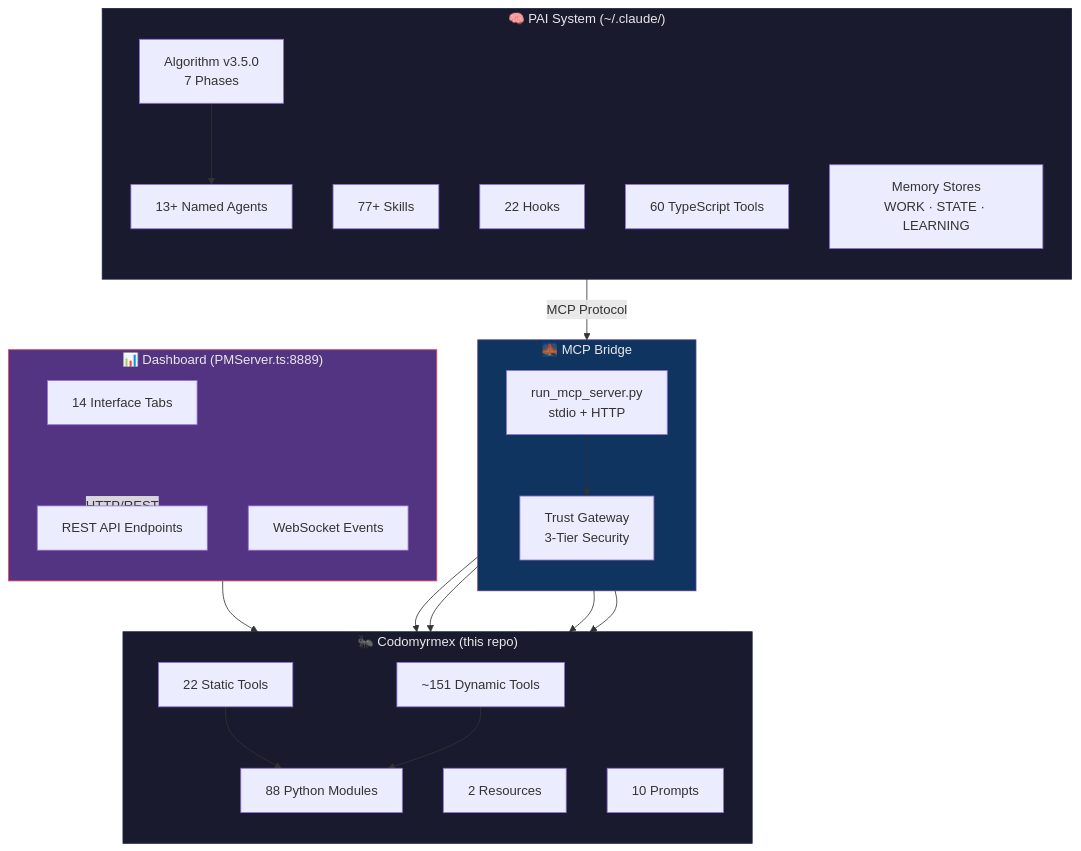
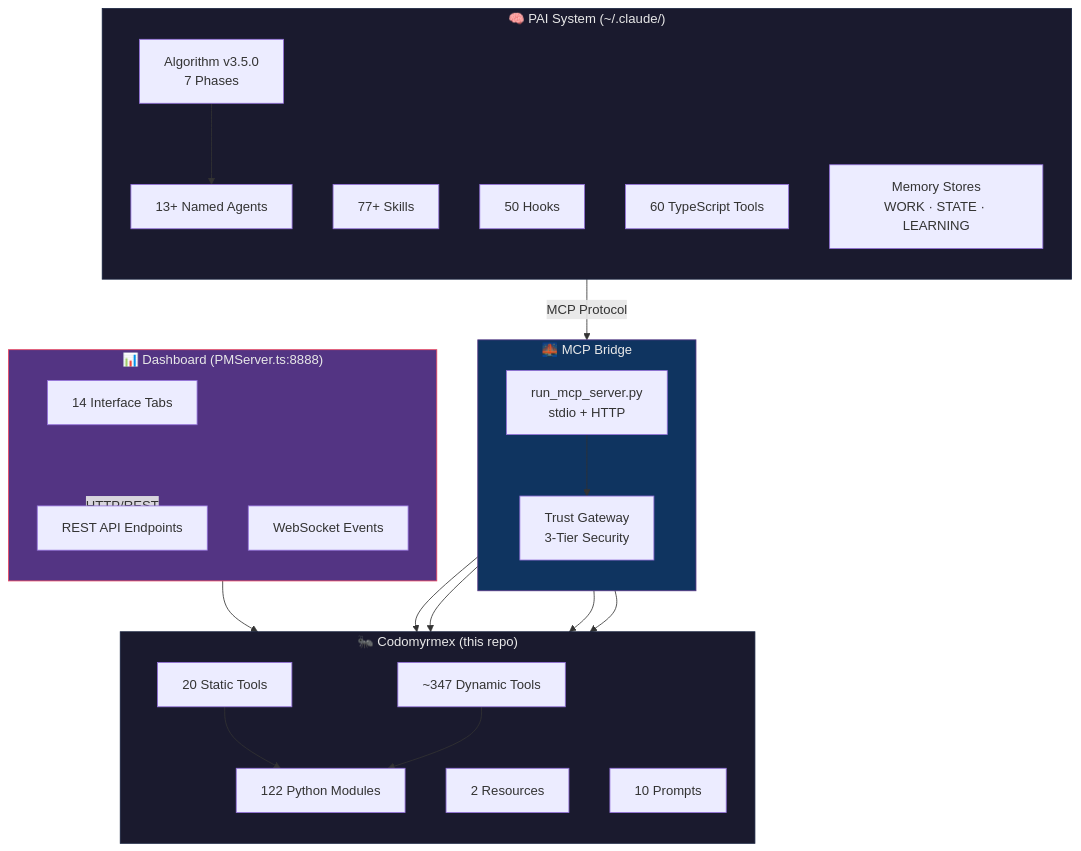
Before and after one commit to docxology/codomyrmex: the first of 8 diagrams in docs/pai/README.md, drawn with Mermaid. The commit also changed other lines of this file and 61 other files, not shown here.

````diff
--- a/docs/pai/README.md
+++ b/docs/pai/README.md
@@ -15,51 +15,51 @@
 ```mermaid
 graph TB
     subgraph PAI["🧠 PAI System (~/.claude/)"]
         direction TB
         ALGO["Algorithm v3.5.0<br/>7 Phases"]
         SKILLS["77+ Skills"]
-        HOOKS["22 Hooks"]
+        HOOKS["50 Hooks"]
         TOOLS_TS["60 TypeScript Tools"]
         AGENTS_PAI["13+ Named Agents"]
         MEMORY["Memory Stores<br/>WORK · STATE · LEARNING"]
     end
 
     subgraph BRIDGE["🌉 MCP Bridge"]
         direction TB
         MCP_SERVER["run_mcp_server.py<br/>stdio + HTTP"]
         TRUST["Trust Gateway<br/>3-Tier Security"]
     end
 
     subgraph CDM["🐜 Codomyrmex (this repo)"]
         direction TB
-        MODULES["88 Python Modules"]
-        STATIC["22 Static Tools"]
-        DYNAMIC["~151 Dynamic Tools"]
+        MODULES["122 Python Modules"]
+        STATIC["20 Static Tools"]
+        DYNAMIC["~347 Dynamic Tools"]
         RESOURCES["2 Resources"]
         PROMPTS["10 Prompts"]
     end
 
-    subgraph DASH["📊 Dashboard (PMServer.ts:8889)"]
+    subgraph DASH["📊 Dashboard (PMServer.ts:8888)"]
         direction TB
         TABS["14 Interface Tabs"]
         REST["REST API Endpoints"]
         WS["WebSocket Events"]
     end
 
     ALGO --> AGENTS_PAI
     AGENTS_PAI -->|"MCP Protocol"| MCP_SERVER
     MCP_SERVER --> TRUST
     TRUST --> STATIC
     TRUST --> DYNAMIC
     MCP_SERVER --> RESOURCES
     MCP_SERVER --> PROMPTS
     STATIC --> MODULES
     DYNAMIC --> MODULES
     DASH -->|"HTTP/REST"| REST
     REST --> MODULES
 
     style PAI fill:#1a1a2e,stroke:#16213e,color:#e8e8e8
     style BRIDGE fill:#0f3460,stroke:#533483,color:#e8e8e8
     style CDM fill:#1a1a2e,stroke:#16213e,color:#e8e8e8
     style DASH fill:#533483,stroke:#e94560,color:#e8e8e8
 ```
````
